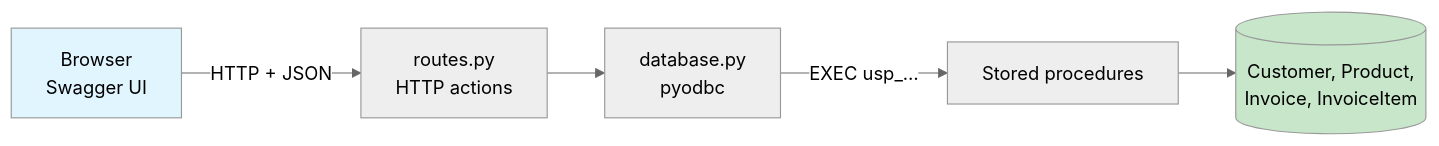
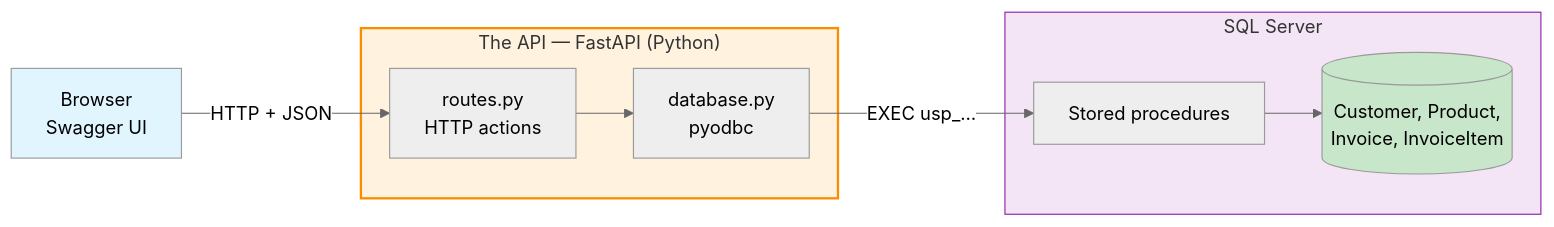
The first of 6 diagrams in demos/obp-rest-demo/how-it-works.md (tjovic/database-design-labs-public), drawn with Mermaid (neutral theme) before and after one commit. The commit also changed other lines of this file, not shown here.

````diff
--- a/demos/obp-rest-demo/how-it-works.md
+++ b/demos/obp-rest-demo/how-it-works.md
@@ -41,9 +41,20 @@
 ```mermaid
 flowchart LR
-    A["Browser<br/>Swagger UI"] -->|"HTTP + JSON"| B["routes.py<br/>HTTP actions"]
-    B --> C["database.py<br/>pyodbc"]
-    C -->|"EXEC usp_…"| D["Stored procedures"]
-    D --> E[("Customer, Product,<br/>Invoice, InvoiceItem")]
+    A["Browser<br/>Swagger UI"]
+    subgraph API["The API — FastAPI (Python)"]
+        B["routes.py<br/>HTTP actions"]
+        C["database.py<br/>pyodbc"]
+    end
+    subgraph DB["SQL Server"]
+        D["Stored procedures"]
+        E[("Customer, Product,<br/>Invoice, InvoiceItem")]
+    end
+    A -->|"HTTP + JSON"| B
+    B --> C
+    C -->|"EXEC usp_…"| D
+    D --> E
     style A fill:#e1f5ff
     style E fill:#c8e6c9
+    style API fill:#fff3e0,stroke:#fb8c00,stroke-width:2px
+    style DB fill:#f3e5f5,stroke:#8e24aa,stroke-width:1px
 ```
````
